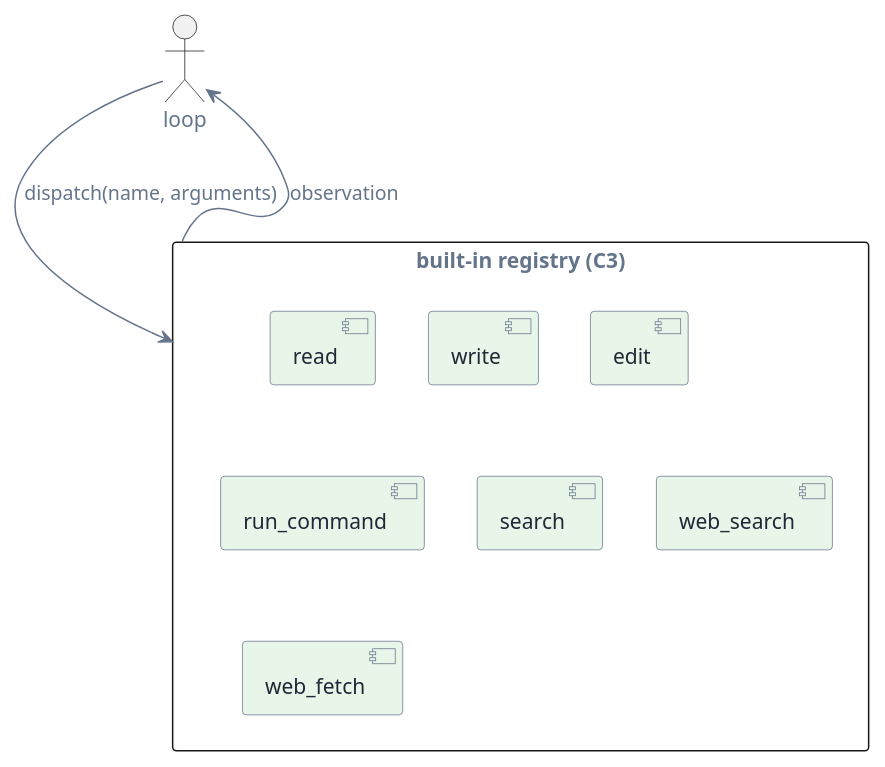
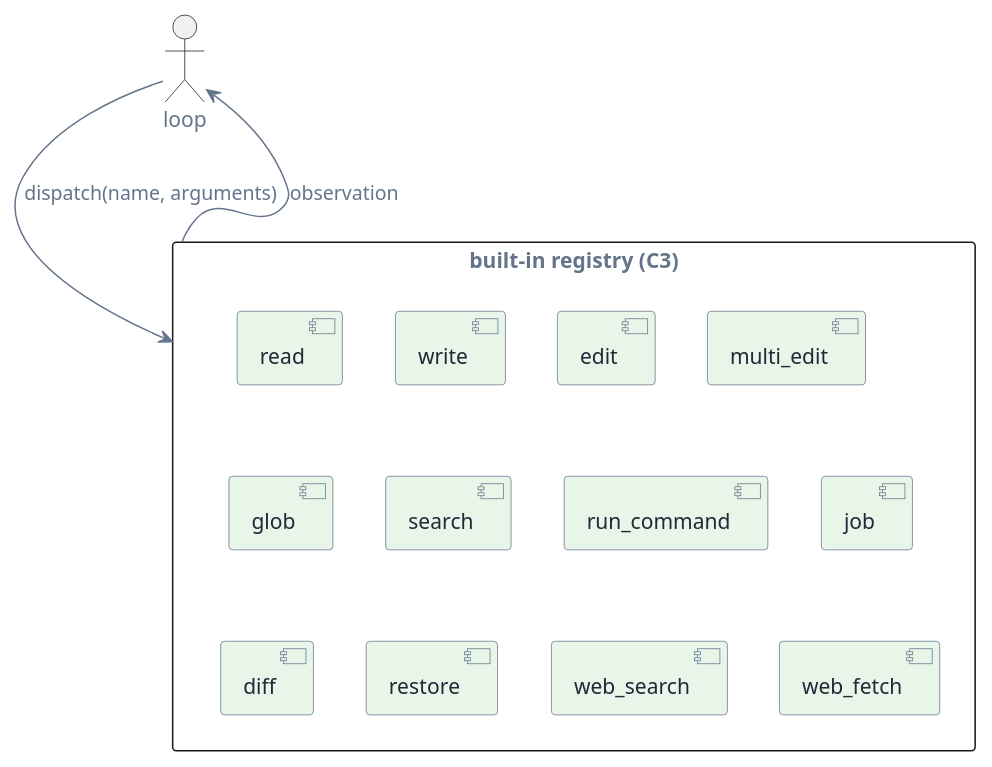
The first of 2 diagrams in 00_bp/C3_tools.md (invented-pro/sudoer), drawn with PlantUML before and after one commit. The commit also changed other lines of this file and 26 other files, not shown here.

````diff
--- a/00_bp/C3_tools.md
+++ b/00_bp/C3_tools.md
@@ -19,22 +20,27 @@
 ```plantuml
 @startuml
 skinparam backgroundColor transparent
 skinparam defaultFontColor #64748B
 skinparam componentBackgroundColor #E8F5E9
 skinparam componentBorderColor #64748B
 skinparam componentFontColor #1F2937
 skinparam arrowColor #64748B
 actor "loop" as L
 rectangle "built-in registry (C3)" as R {
   [read]
   [write]
   [edit]
+  [multi_edit]
+  [glob]
+  [search]
   [run_command]
-  [search]
+  [job]
+  [diff]
+  [restore]
   [web_search]
   [web_fetch]
 }
 L --> R : dispatch(name, arguments)
 R --> L : observation
 @enduml
 ```
````
